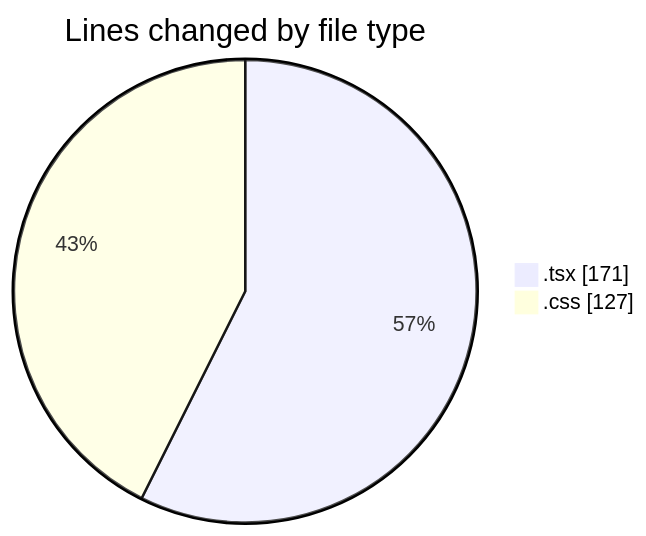
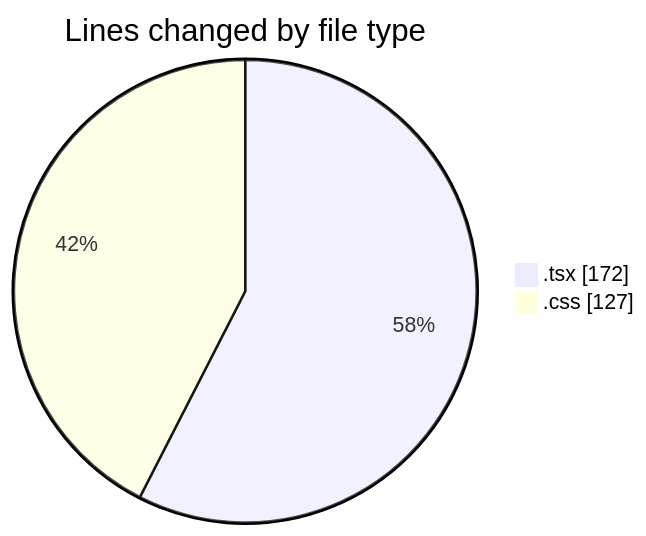
One commit to robertbonfada/code-tracking changed the first of 2 diagrams in 2025-01-09/mbc-web/README.md. Above: the diagram before and after it, drawn with Mermaid. The commit also changed other lines of this file and 1 other file, not shown here.

````diff
--- a/2025-01-09/mbc-web/README.md
+++ b/2025-01-09/mbc-web/README.md
@@ -27,6 +27,6 @@
 ```mermaid
 pie showData
 title Lines changed by file type
-".tsx" : 171
+".tsx" : 172
 ".css" : 127
 ```
````
